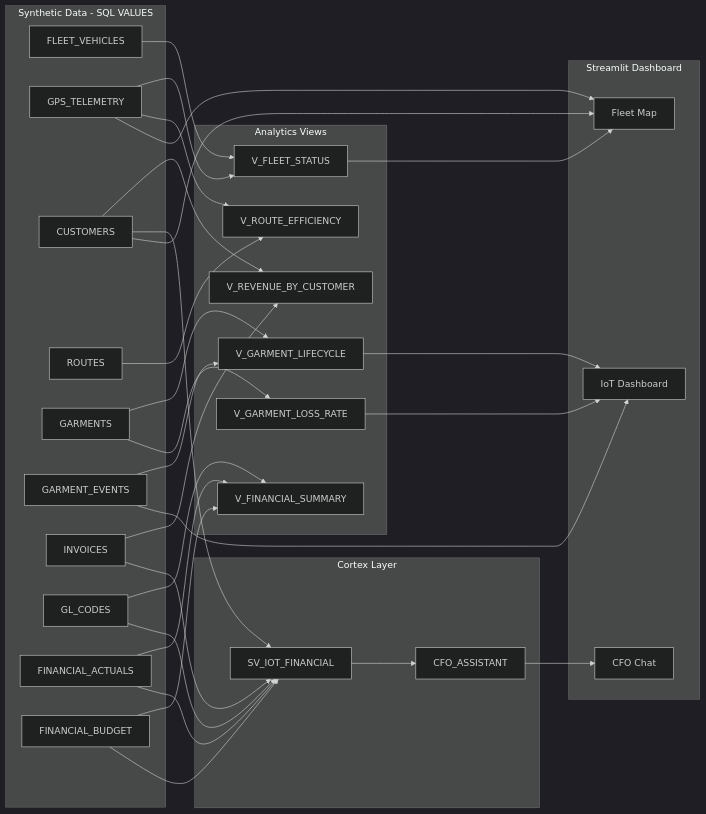
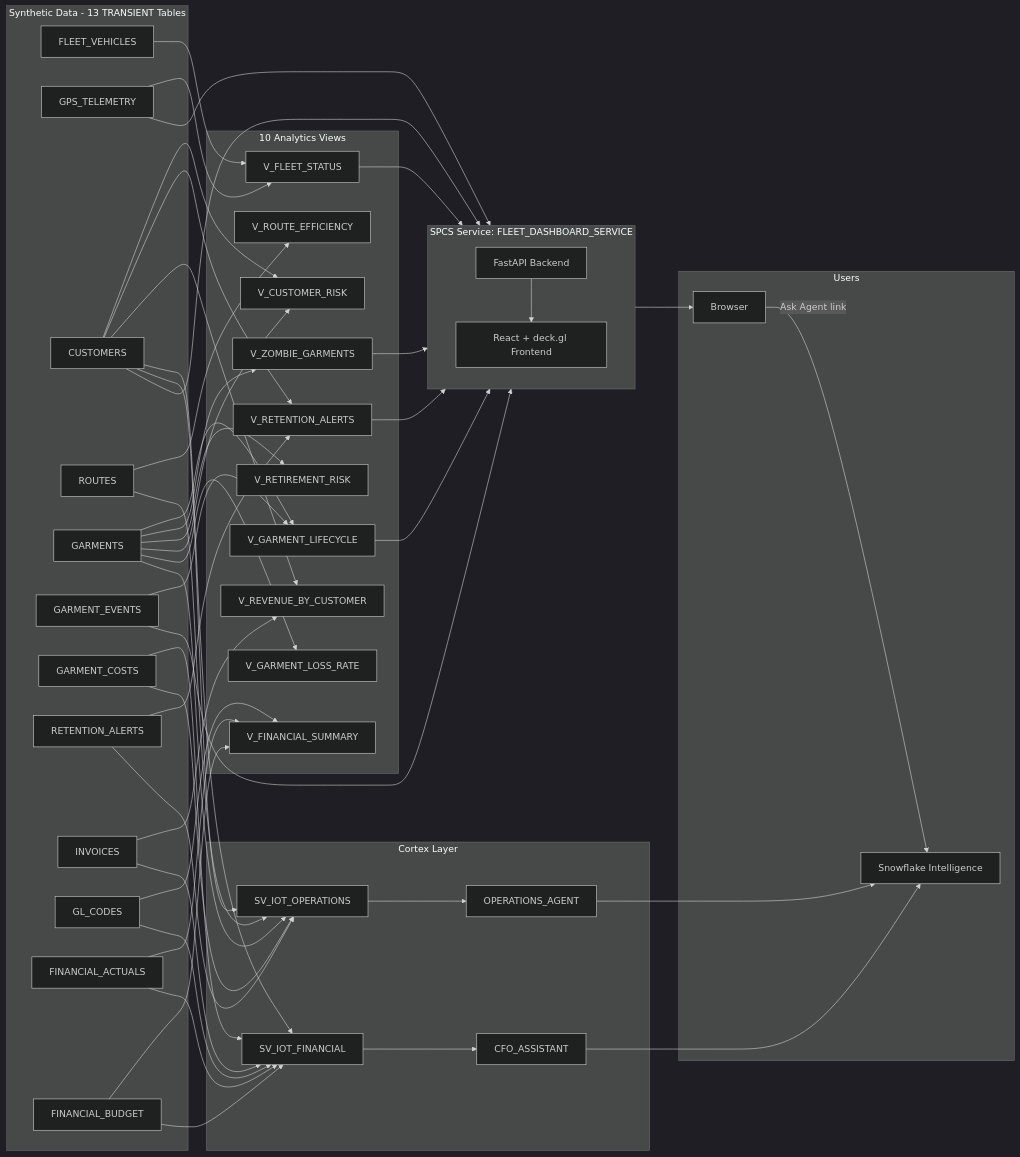
Before and after one commit to sfc-gh-miwhitaker/sfe-public: the diagram in demo-iot-lifecycle/diagrams/data-flow.md, drawn with Mermaid (dark theme). The commit also changed other lines of this file and 4 other files, not shown here.

Commit message:
docs: update architecture docs to reflect SPCS migration and expanded data model

````diff
--- a/demo-iot-lifecycle/diagrams/data-flow.md
+++ b/demo-iot-lifecycle/diagrams/data-flow.md
@@ -3,44 +17,63 @@
 ```mermaid
 flowchart LR
-  subgraph synthetic [Synthetic Data - SQL VALUES]
+  subgraph synthetic [Synthetic Data - 13 TRANSIENT Tables]
     Fleet[FLEET_VEHICLES]
     GPS[GPS_TELEMETRY]
     Customers[CUSTOMERS]
     Routes[ROUTES]
     Garments[GARMENTS]
     Events[GARMENT_EVENTS]
+    GarmentCosts[GARMENT_COSTS]
+    Alerts[RETENTION_ALERTS]
     Invoices[INVOICES]
     GLCodes[GL_CODES]
     Actuals[FINANCIAL_ACTUALS]
     Budget[FINANCIAL_BUDGET]
   end
 
-  subgraph views [Analytics Views]
+  subgraph views [10 Analytics Views]
     VFleet[V_FLEET_STATUS]
     VLifecycle[V_GARMENT_LIFECYCLE]
+    VZombie[V_ZOMBIE_GARMENTS]
+    VRisk[V_CUSTOMER_RISK]
+    VRetire[V_RETIREMENT_RISK]
+    VRetention[V_RETENTION_ALERTS]
+    VRoute[V_ROUTE_EFFICIENCY]
     VLoss[V_GARMENT_LOSS_RATE]
-    VRoute[V_ROUTE_EFFICIENCY]
     VFinance[V_FINANCIAL_SUMMARY]
     VRevenue[V_REVENUE_BY_CUSTOMER]
   end
 
   subgraph cortex [Cortex Layer]
-    SV[SV_IOT_FINANCIAL]
-    Agent[CFO_ASSISTANT]
+    SVF[SV_IOT_FINANCIAL]
+    SVO[SV_IOT_OPERATIONS]
+    AgentCFO[CFO_ASSISTANT]
+    AgentOps[OPERATIONS_AGENT]
   end
 
-  subgraph app [Streamlit Dashboard]
-    MapTab[Fleet Map]
-    IoTTab[IoT Dashboard]
-    CFOTab[CFO Chat]
+  subgraph app [SPCS Service: FLEET_DASHBOARD_SERVICE]
+    direction TB
+    Backend[FastAPI Backend]
+    Frontend[React + deck.gl Frontend]
+    Backend --> Frontend
+  end
+
+  subgraph users [Users]
+    Browser[Browser]
+    SI[Snowflake Intelligence]
   end
 
   Fleet --> VFleet
   GPS --> VFleet
   Routes --> VRoute
-  GPS --> VRoute
   Garments --> VLifecycle
   Events --> VLifecycle
+  Garments --> VZombie
+  Garments --> VRetire
+  Customers --> VRisk
+  Garments --> VRisk
+  Customers --> VRetention
+  Alerts --> VRetention
   Garments --> VLoss
   Actuals --> VFinance
   Budget --> VFinance
@@ -48,18 +81,31 @@
   Invoices --> VRevenue
   Customers --> VRevenue
 
-  Actuals --> SV
-  Budget --> SV
-  GLCodes --> SV
-  Invoices --> SV
-  Customers --> SV
-  SV --> Agent
+  Actuals --> SVF
+  Budget --> SVF
+  GLCodes --> SVF
+  Invoices --> SVF
+  Customers --> SVF
+  GarmentCosts --> SVF
+  SVF --> AgentCFO
 
-  VFleet --> MapTab
-  GPS --> MapTab
-  Customers --> MapTab
-  VLifecycle --> IoTTab
-  VLoss --> IoTTab
-  Events --> IoTTab
-  Agent --> CFOTab
+  Garments --> SVO
+  Customers --> SVO
+  Routes --> SVO
+  GarmentCosts --> SVO
+  Alerts --> SVO
+  SVO --> AgentOps
+
+  VFleet --> Backend
+  GPS --> Backend
+  Customers --> Backend
+  VLifecycle --> Backend
+  VZombie --> Backend
+  VRetention --> Backend
+  Events --> Backend
+
+  Frontend --> Browser
+  AgentCFO --> SI
+  AgentOps --> SI
+  Browser -->|Ask Agent link| SI
 ```
````
